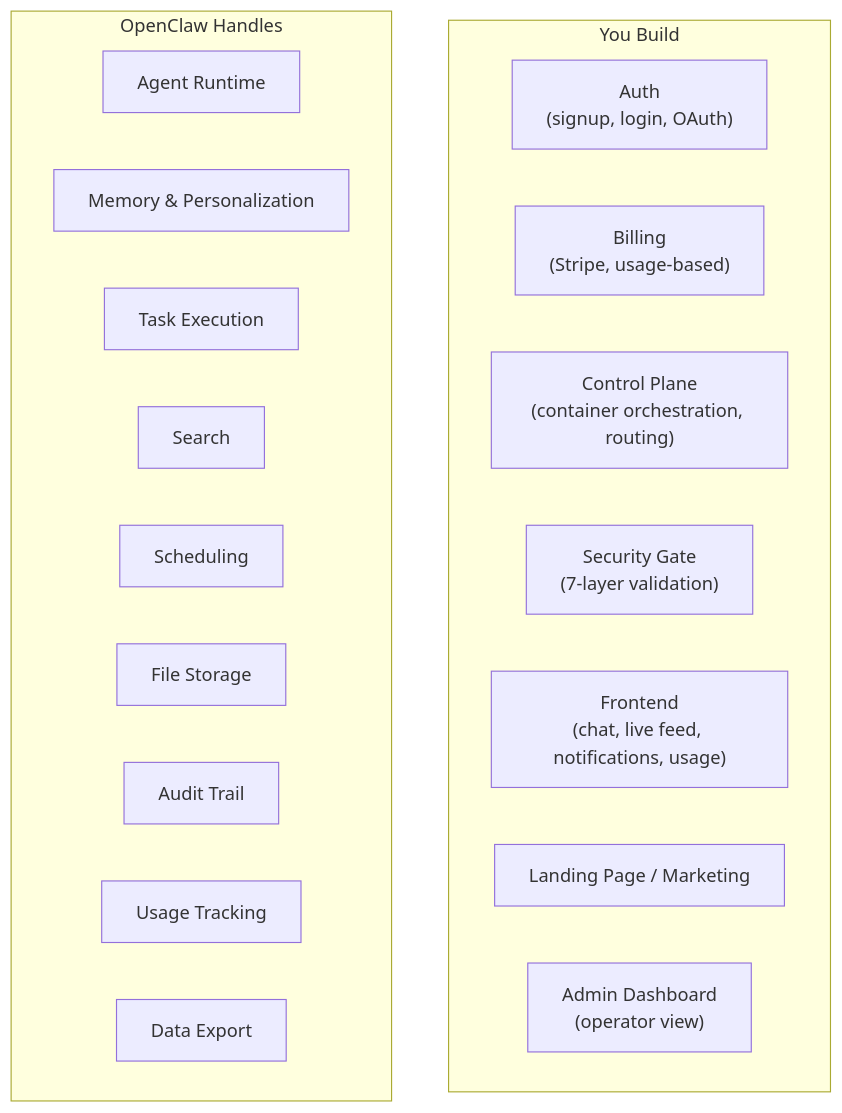
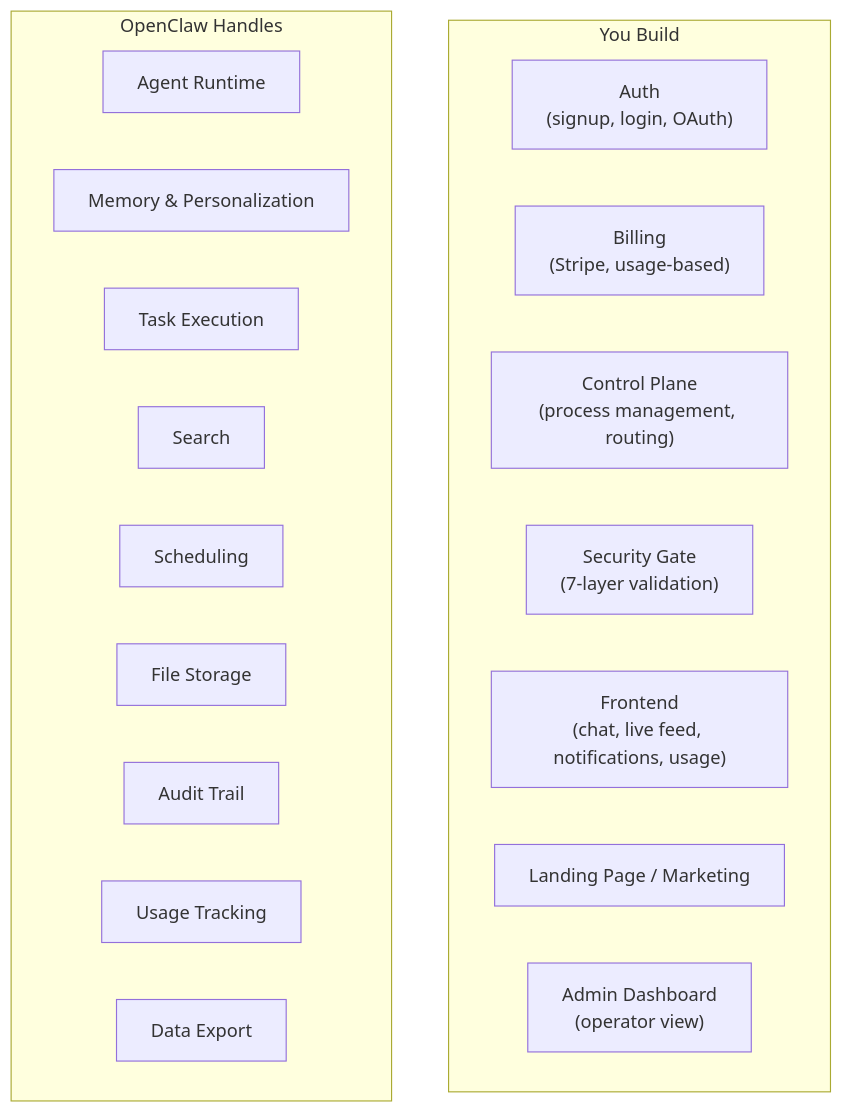
Before and after one commit to 1qh/claw: the second of 2 diagrams in brainstorm/saas-simplification.md, drawn with Mermaid. The commit also changed other lines of this file and 9 other files, not shown here.

Commit message:
Update all files: replace container refs with gateway process architecture

````diff
--- a/brainstorm/saas-simplification.md
+++ b/brainstorm/saas-simplification.md
@@ -86,24 +86,24 @@
 ```mermaid
 graph TB
     subgraph "You Build"
         AUTH["Auth\n(signup, login, OAuth)"]
         BILLING["Billing\n(Stripe, usage-based)"]
-        CP["Control Plane\n(container orchestration, routing)"]
+        CP["Control Plane\n(process management, routing)"]
         GATE["Security Gate\n(7-layer validation)"]
         FE["Frontend\n(chat, live feed, notifications, usage)"]
         LANDING["Landing Page / Marketing"]
         ADMIN["Admin Dashboard\n(operator view)"]
     end
 
     subgraph "OpenClaw Handles"
         AGENT["Agent Runtime"]
         MEMORY["Memory & Personalization"]
         TASKS["Task Execution"]
         SEARCH["Search"]
         CRON["Scheduling"]
         FILES["File Storage"]
         AUDIT["Audit Trail"]
         USAGE["Usage Tracking"]
         EXPORT["Data Export"]
     end
 ```
````
